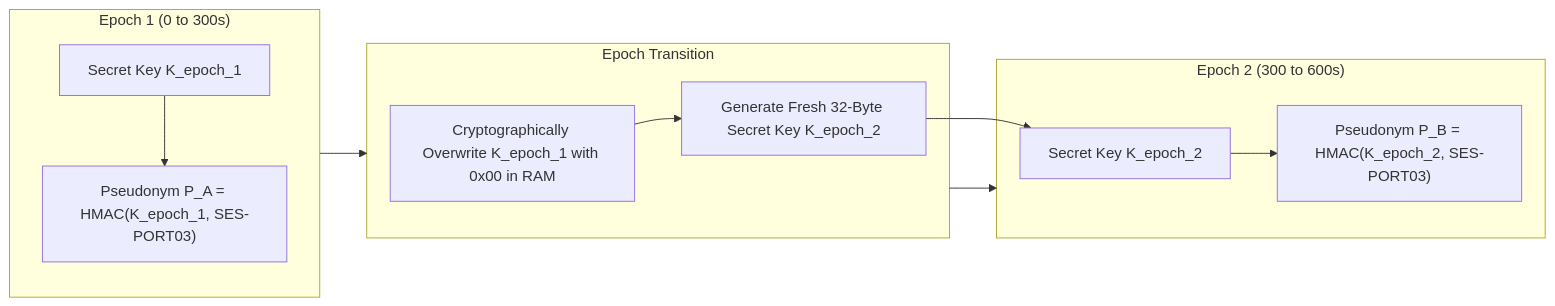
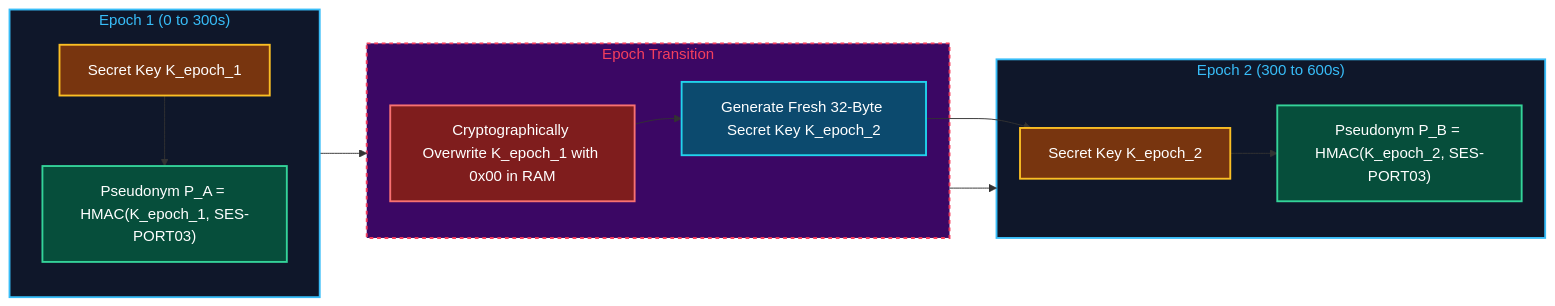
Before and after one commit to NishantMajumdar/A3-PS007-TC042: the fourth of 4 diagrams in src/README.md, drawn with Mermaid. The commit also changed other lines of this file, not shown here.

Commit message:
tryout better diagrams

````diff
--- a/src/README.md
+++ b/src/README.md
@@ -372,20 +426,34 @@
 ```mermaid
 flowchart LR
     subgraph Epoch1 ["Epoch 1 (0 to 300s)"]
         K1["Secret Key K_epoch_1"] --> P1["Pseudonym P_A = HMAC(K_epoch_1, SES-PORT03)"]
     end
 
     subgraph Rotation ["Epoch Transition"]
         Wipe["Cryptographically Overwrite K_epoch_1 with 0x00 in RAM"]
         Fresh["Generate Fresh 32-Byte Secret Key K_epoch_2"]
         Wipe --> Fresh
     end
 
     subgraph Epoch2 ["Epoch 2 (300 to 600s)"]
         Fresh --> K2["Secret Key K_epoch_2"]
         K2 --> P2["Pseudonym P_B = HMAC(K_epoch_2, SES-PORT03)"]
     end
 
     Epoch1 --> Rotation
     Rotation --> Epoch2
+
+    style Epoch1 fill:#0f172a,stroke:#38bdf8,stroke-width:2px,color:#38bdf8
+    style Rotation fill:#3b0764,stroke:#f43f5e,stroke-width:2px,stroke-dasharray: 4 4,color:#f43f5e
+    style Epoch2 fill:#0f172a,stroke:#38bdf8,stroke-width:2px,color:#38bdf8
+
+    classDef cKey fill:#78350f,stroke:#fbbf24,stroke-width:2px,color:#ffffff;
+    classDef cPseudo fill:#064e3b,stroke:#34d399,stroke-width:2px,color:#ffffff;
+    classDef cWipe fill:#7f1d1d,stroke:#f87171,stroke-width:2px,color:#ffffff;
+    classDef cFresh fill:#0c4a6e,stroke:#22d3ee,stroke-width:2px,color:#ffffff;
+
+    class K1,K2 cKey;
+    class P1,P2 cPseudo;
+    class Wipe cWipe;
+    class Fresh cFresh;
 ```
````
